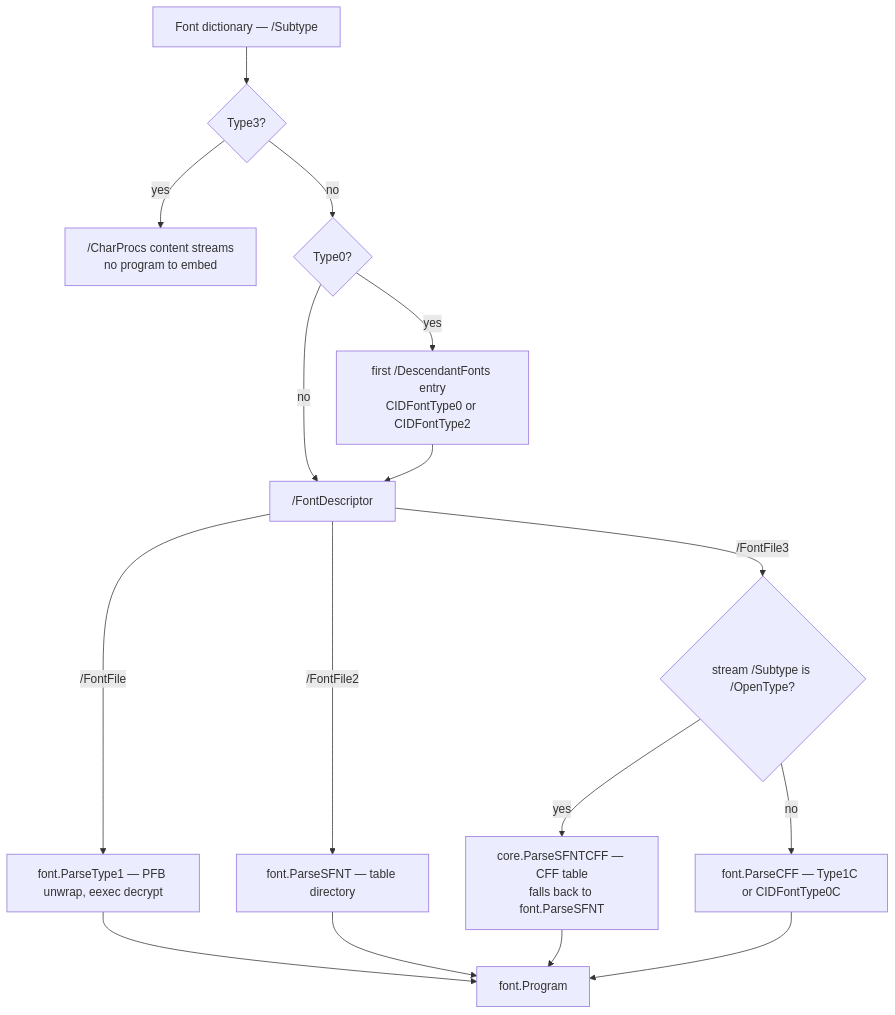
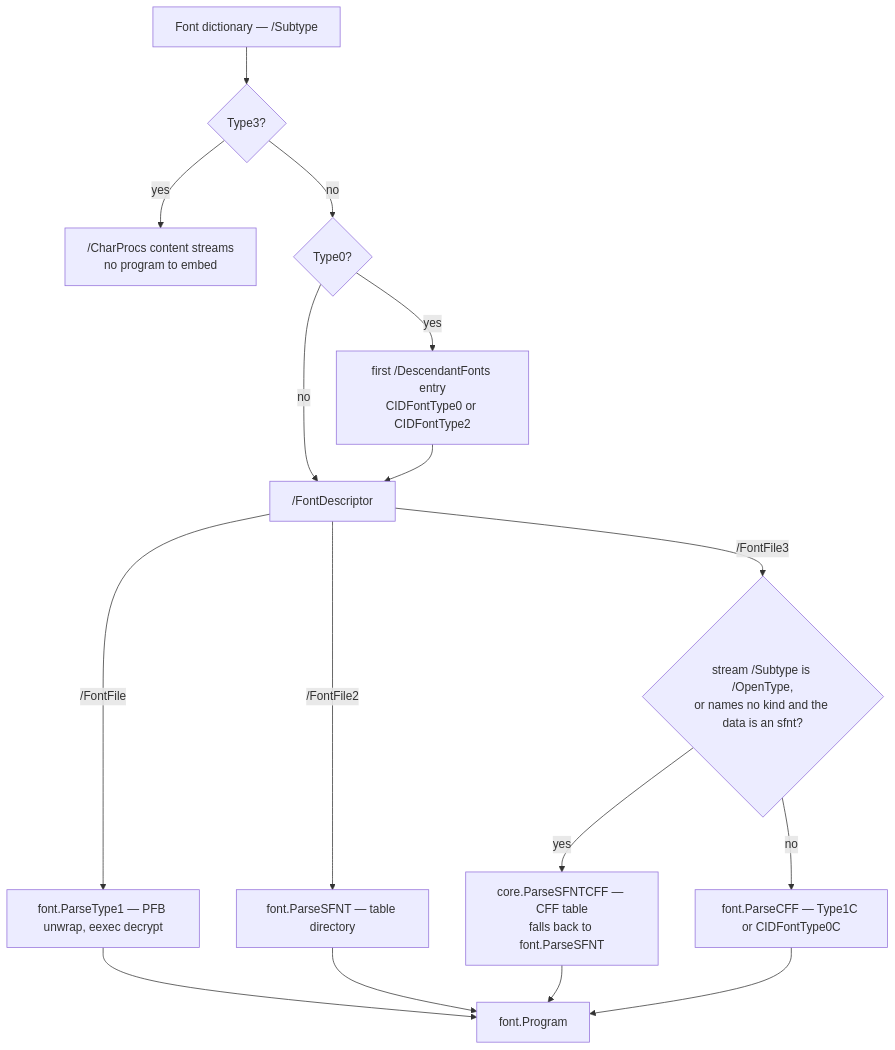
The first of 2 diagrams in docs/fonts.md (mgilbir/pdf0), drawn with Mermaid before and after one commit. The commit also changed other lines of this file and 17 other files, not shown here.

````diff
--- a/docs/fonts.md
+++ b/docs/fonts.md
@@ -129,18 +131,18 @@
 ```mermaid
 flowchart TD
     F["Font dictionary — /Subtype"] --> T3{"Type3?"}
     T3 -->|yes| CP["/CharProcs content streams<br/>no program to embed"]
     T3 -->|no| T0{"Type0?"}
     T0 -->|yes| D["first /DescendantFonts entry<br/>CIDFontType0 or CIDFontType2"]
     T0 -->|no| FD["/FontDescriptor"]
     D --> FD
     FD -->|"/FontFile"| P1["font.ParseType1 — PFB unwrap, eexec decrypt"]
     FD -->|"/FontFile2"| P2["font.ParseSFNT — table directory"]
-    FD -->|"/FontFile3"| OT{"stream /Subtype is /OpenType?"}
+    FD -->|"/FontFile3"| OT{"stream /Subtype is /OpenType,<br/>or names no kind and the data is an sfnt?"}
     OT -->|yes| PSC["core.ParseSFNTCFF — CFF table<br/>falls back to font.ParseSFNT"]
     OT -->|no| PC["font.ParseCFF — Type1C or CIDFontType0C"]
     P1 --> FP["font.Program"]
     P2 --> FP
     PSC --> FP
     PC --> FP
 ```
````
